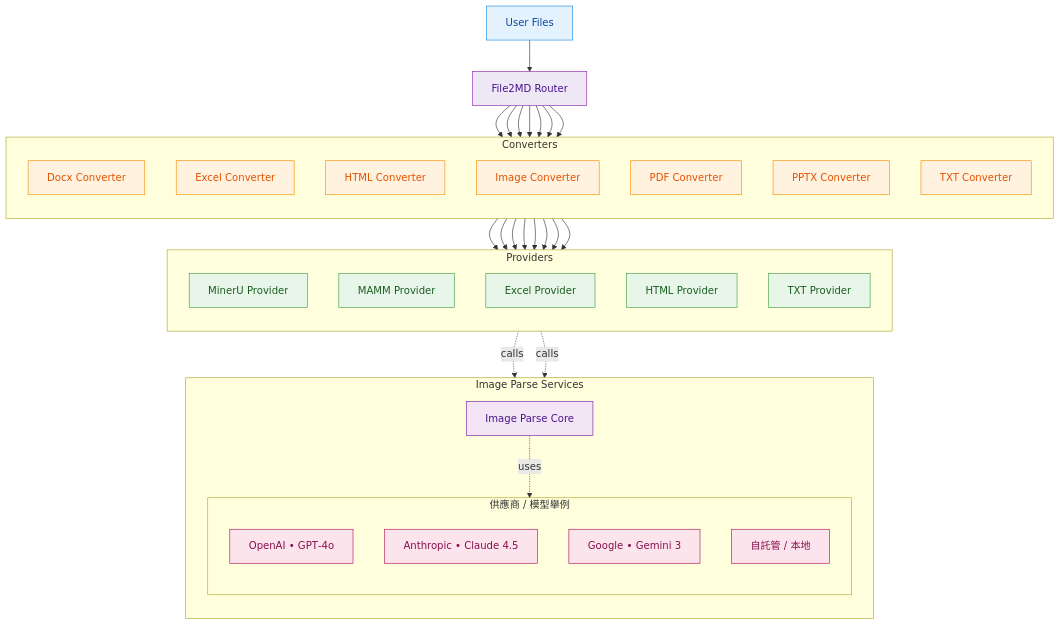
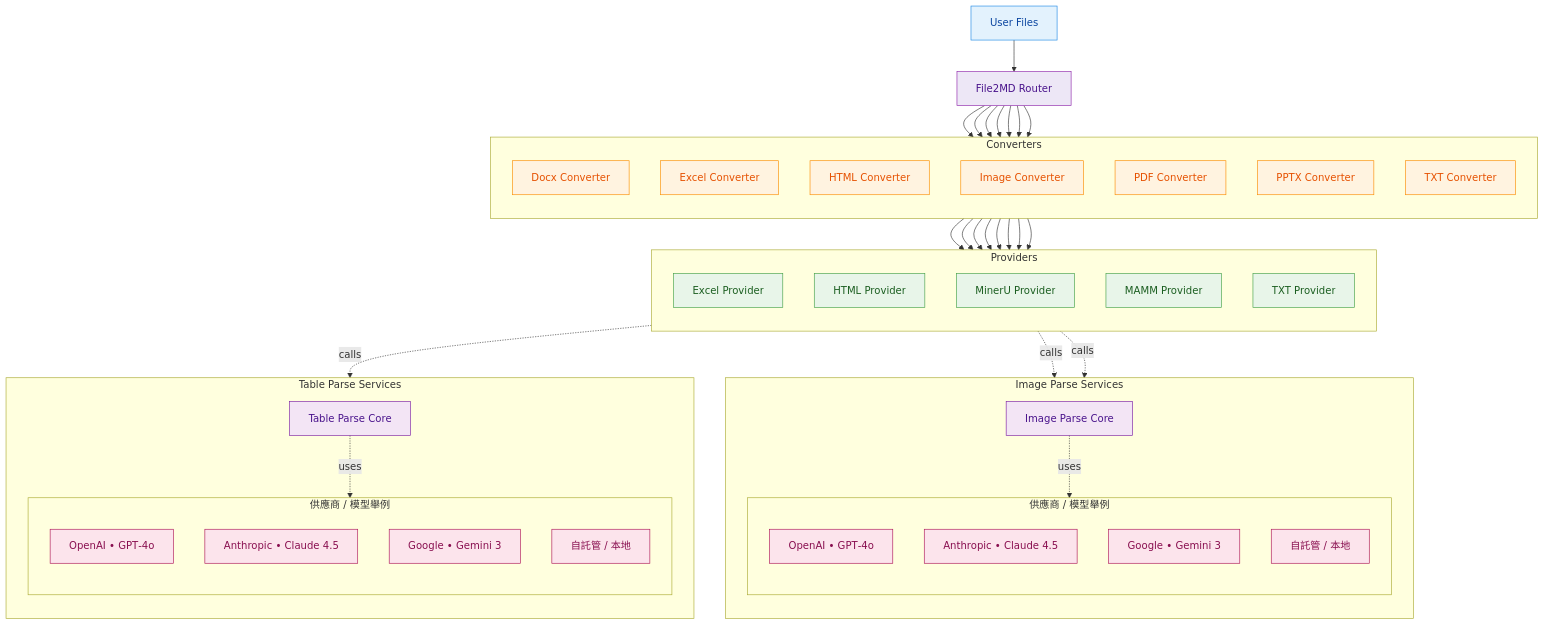
The diagram in README.md (LLMSystems/file2md), drawn with Mermaid before and after one commit.

Commit message:
feat: update README to enhance architecture diagram with image and table parsing services

````diff
--- a/README.md
+++ b/README.md
@@ -340,13 +35,14 @@
 
     subgraph Providers
       direction TB
+      EP[Excel Provider]:::provider
+      HP[HTML Provider]:::provider
       MUP[MinerU Provider]:::provider
       MP[MAMM Provider]:::provider
-      EP[Excel Provider]:::provider
-      HP[HTML Provider]:::provider
       TP[TXT Provider]:::provider
     end
 
+    %% Image Parse
     subgraph Image_Parse[Image Parse Services]
       direction TB
       IP[Image Parse Core]:::service
@@ -362,12 +58,26 @@
       IP -. uses .-> LLM_Client
     end
 
+    %% Table Parse（新加）
+    subgraph Table_Parse[Table Parse Services]
+      direction TB
+      TPC[Table Parse Core]:::service
+
+      subgraph LLM_Client_Table[供應商 / 模型舉例]
+        direction TB
+        AOAI_T[OpenAI • GPT‑4o]:::vendor
+        AN_T[Anthropic • Claude 4.5]:::vendor
+        GGL_T[Google • Gemini 3]:::vendor
+        OLL_T[自託管 / 本地]:::vendor
+      end
+
+      TPC -. uses .-> LLM_Client_Table
+    end
+
     %% 一般文本類
     EC --> EP
     HC --> HP
     TC --> TP
-
-    %% DOCX（Provider 主導）
 
     %% 影像/版面類（先 Provider，再視需求呼叫 IP）
     IC --> MUP
@@ -377,7 +87,10 @@
     DC --> MUP
     DC --> MP
 
-    %% 依賴關係
+    %% 依賴關係（Image Parse）
     MUP -. calls .-> IP
     MP  -. calls .-> IP
+
+    %% 依賴關係（Table Parse — 新增）
+    MUP  -. calls .-> TPC
 ```
````
